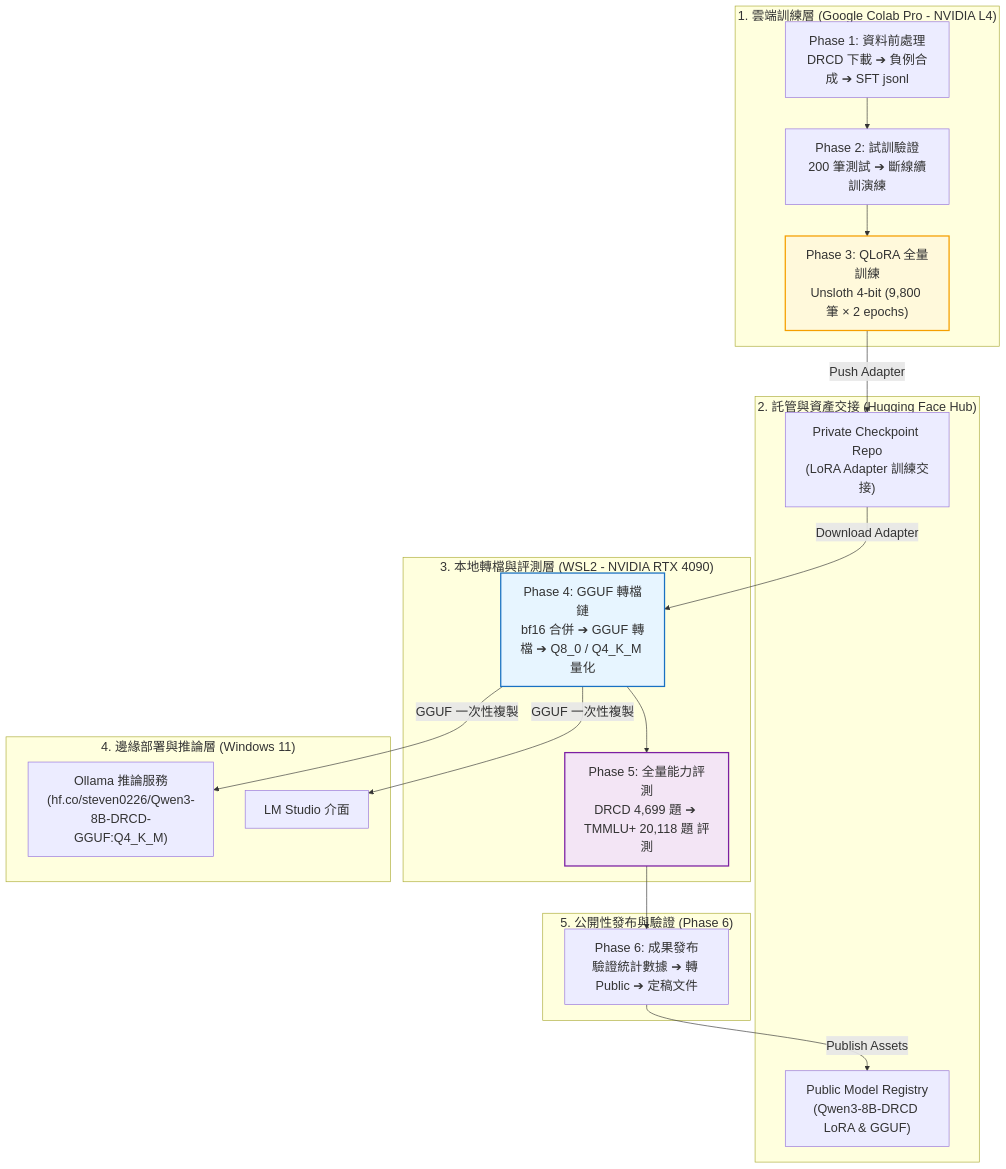
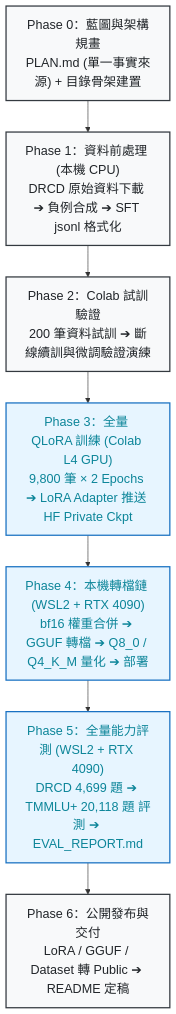
One commit to kuotunyu/local-llm-lifecycle changed the first of 2 diagrams in README.md. Above: the diagram before and after it, drawn with Mermaid. The commit also changed other lines of this file, not shown here.

Commit message:
docs: split and refine Mermaid diagrams into clean 6-phase pipeline and 4-platform hardware flow

````diff
--- a/README.md
+++ b/README.md
@@ -34,40 +36,19 @@
 ```mermaid
 %%{init: {'themeVariables': {'fontSize': '20px'}}}%%
-flowchart TD
-    subgraph Cloud ["1. 雲端訓練層 (Google Colab Pro - NVIDIA L4)"]
-        P1["Phase 1: 資料前處理<br/>DRCD 下載 ➔ 負例合成 ➔ SFT jsonl"]
-        P2["Phase 2: 試訓驗證<br/>200 筆測試 ➔ 斷線續訓演練"]
-        P3["Phase 3: QLoRA 全量訓練<br/>Unsloth 4-bit (9,800 筆 × 2 epochs)"]
-        P1 --> P2 --> P3
-    end
+flowchart TB
+    P0["Phase 0：藍圖與架構規畫<br/>PLAN.md (單一事實來源) + 目錄骨架建置"]
+    P1["Phase 1：資料前處理 (本機 CPU)<br/>DRCD 原始資料下載 ➔ 負例合成 ➔ SFT jsonl 格式化"]
+    P2["Phase 2：Colab 試訓驗證<br/>200 筆資料試訓 ➔ 斷線續訓與微調驗證演練"]
+    P3["Phase 3：全量 QLoRA 訓練 (Colab L4 GPU)<br/>9,800 筆 × 2 Epochs ➔ LoRA Adapter 推送 HF Private Ckpt"]
+    P4["Phase 4：本機轉檔鏈 (WSL2 + RTX 4090)<br/>bf16 權重合併 ➔ GGUF 轉檔 ➔ Q8_0 / Q4_K_M 量化 ➔ 部署"]
+    P5["Phase 5：全量能力評測 (WSL2 + RTX 4090)<br/>DRCD 4,699 題 ➔ TMMLU+ 20,118 題 評測 ➔ EVAL_REPORT.md"]
+    P6["Phase 6：公開發布與交付<br/>LoRA / GGUF / Dataset 轉 Public ➔ README 定稿"]
 
-    subgraph Hub ["2. 託管與資產交接 (Hugging Face Hub)"]
-        CKPT["Private Checkpoint Repo<br/>(LoRA Adapter 訓練交接)"]
-        PUB["Public Model Registry<br/>(Qwen3-8B-DRCD LoRA & GGUF)"]
-        P3 -->|"Push Adapter"| CKPT
-    end
+    P0 --> P1 --> P2 --> P3 --> P4 --> P5 --> P6
 
-    subgraph LocalWSL ["3. 本地轉檔與評測層 (WSL2 - NVIDIA RTX 4090)"]
-        P4["Phase 4: GGUF 轉檔鏈<br/>bf16 合併 ➔ GGUF 轉檔 ➔ Q8_0 / Q4_K_M 量化"]
-        P5["Phase 5: 全量能力評測<br/>DRCD 4,699 題 ➔ TMMLU+ 20,118 題 評測"]
-        CKPT -->|"Download Adapter"| P4
-        P4 --> P5
-    end
+    classDef stageStyle fill:#f8f9fa,stroke:#343a40,stroke-width:2px,color:#212529
+    classDef highlightStyle fill:#e7f5ff,stroke:#1971c2,stroke-width:2px,color:#0c8599
 
-    subgraph LocalWin ["4. 邊緣部署與推論層 (Windows 11)"]
-        Ollama["Ollama 推論服務<br/>(hf.co/steven0226/Qwen3-8B-DRCD-GGUF:Q4_K_M)"]
-        LMS["LM Studio 介面"]
-        P4 -->|"GGUF 一次性複製"| Ollama
-        P4 -->|"GGUF 一次性複製"| LMS
-    end
-
-    subgraph Release ["5. 公開性發布與驗證 (Phase 6)"]
-        P6["Phase 6: 成果發布<br/>驗證統計數據 ➔ 轉 Public ➔ 定稿文件"]
-        P5 --> P6
-        P6 -->|"Publish Assets"| PUB
-    end
-
-    style P3 fill:#fff9db,stroke:#f59f00,stroke-width:2px
-    style P4 fill:#e7f5ff,stroke:#1971c2,stroke-width:2px
-    style P5 fill:#f3e5f5,stroke:#7b1fa2,stroke-width:2px
+    class P0,P1,P2,P6 stageStyle
+    class P3,P4,P5 highlightStyle
 ```
````
